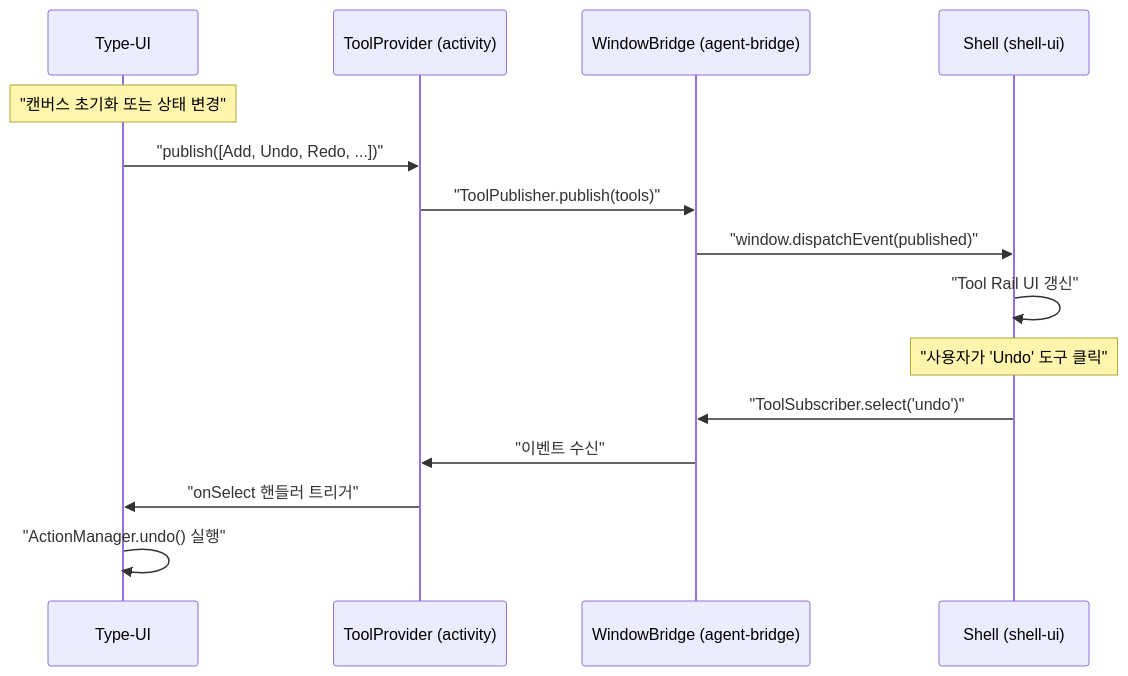
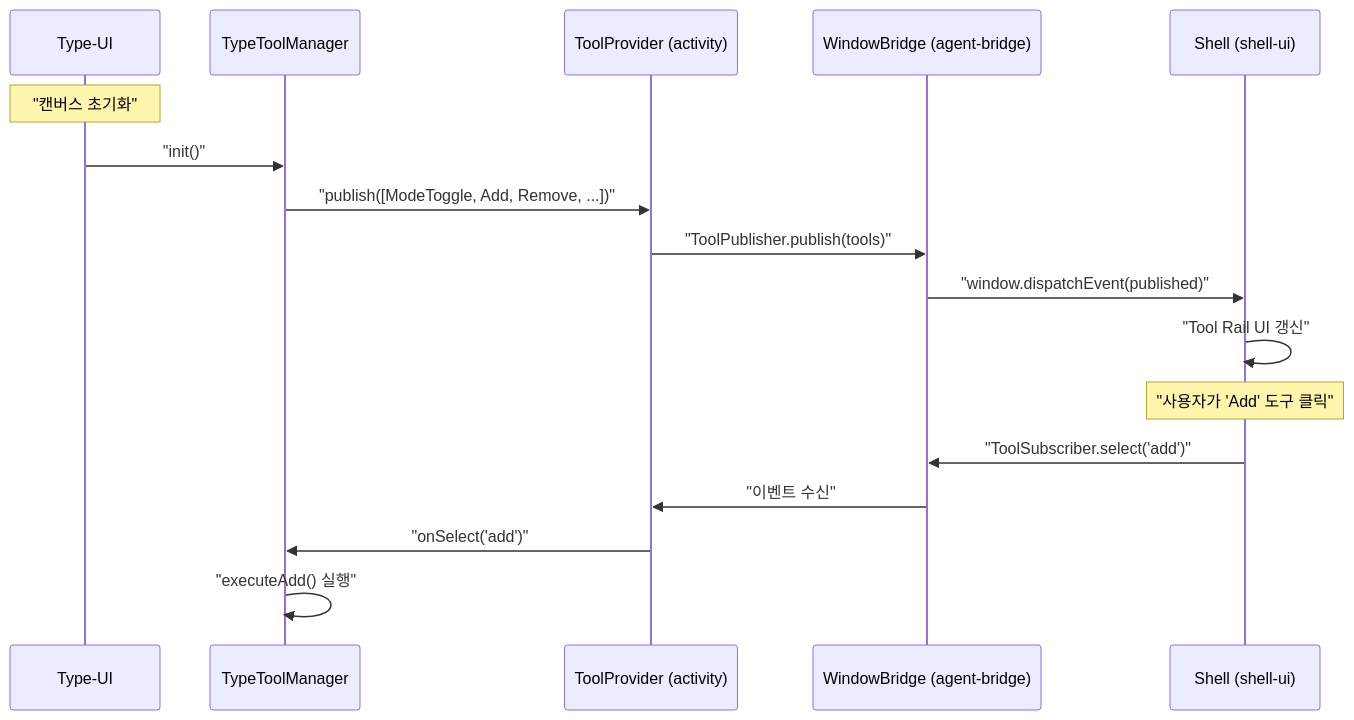
One commit to sayaya1090/handbook changed the second of 15 diagrams in type-ui/USECASE.md. Above: the diagram before and after it, drawn with Mermaid. The commit also changed other lines of this file and 1 other file, not shown here.

````diff
--- a/type-ui/USECASE.md
+++ b/type-ui/USECASE.md
@@ -30,19 +30,21 @@
 ```mermaid
 sequenceDiagram
     participant C as Type-UI
+    participant TM as TypeToolManager
     participant TP as ToolProvider (activity)
     participant B as WindowBridge (agent-bridge)
     participant S as Shell (shell-ui)
 
-    Note over C: "캔버스 초기화 또는 상태 변경"
-    C->>TP: "publish([Add, Undo, Redo, ...])"
+    Note over C: "캔버스 초기화"
+    C->>TM: "init()"
+    TM->>TP: "publish([ModeToggle, Add, Remove, ...])"
     TP->>B: "ToolPublisher.publish(tools)"
     B->>S: "window.dispatchEvent(published)"
     S->>S: "Tool Rail UI 갱신"
 
-    Note over S: "사용자가 'Undo' 도구 클릭"
-    S->>B: "ToolSubscriber.select('undo')"
+    Note over S: "사용자가 'Add' 도구 클릭"
+    S->>B: "ToolSubscriber.select('add')"
     B->>TP: "이벤트 수신"
-    TP->>C: "onSelect 핸들러 트리거"
-    C->>C: "ActionManager.undo() 실행"
+    TP->>TM: "onSelect('add')"
+    TM->>TM: "executeAdd() 실행"
 ```
````
